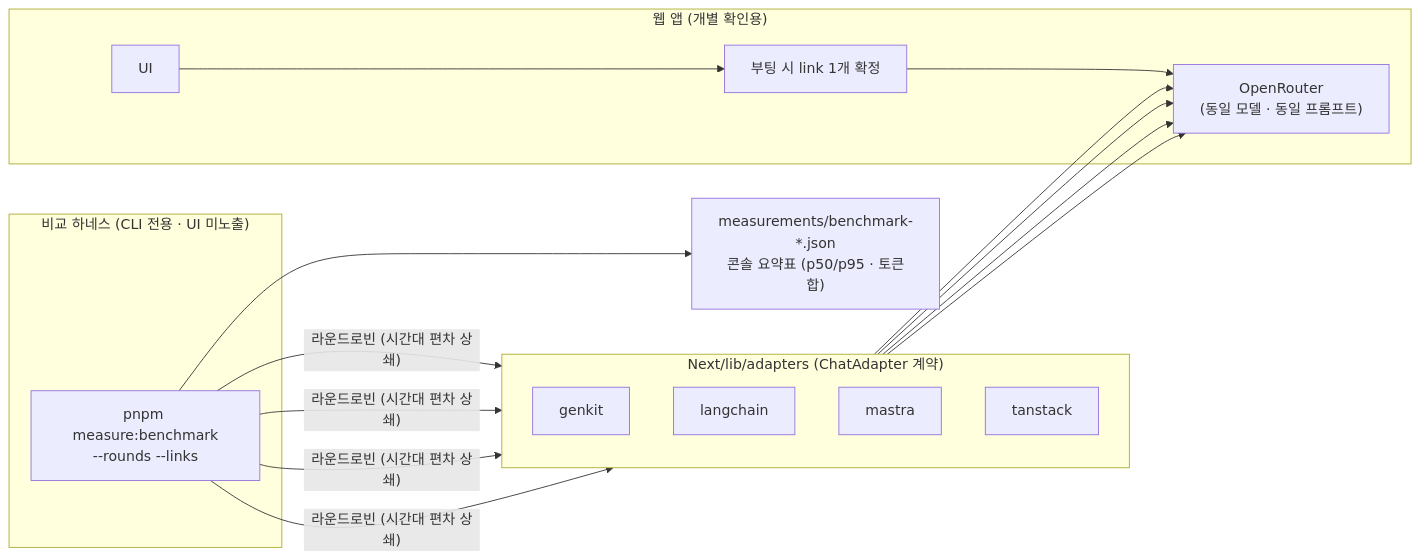
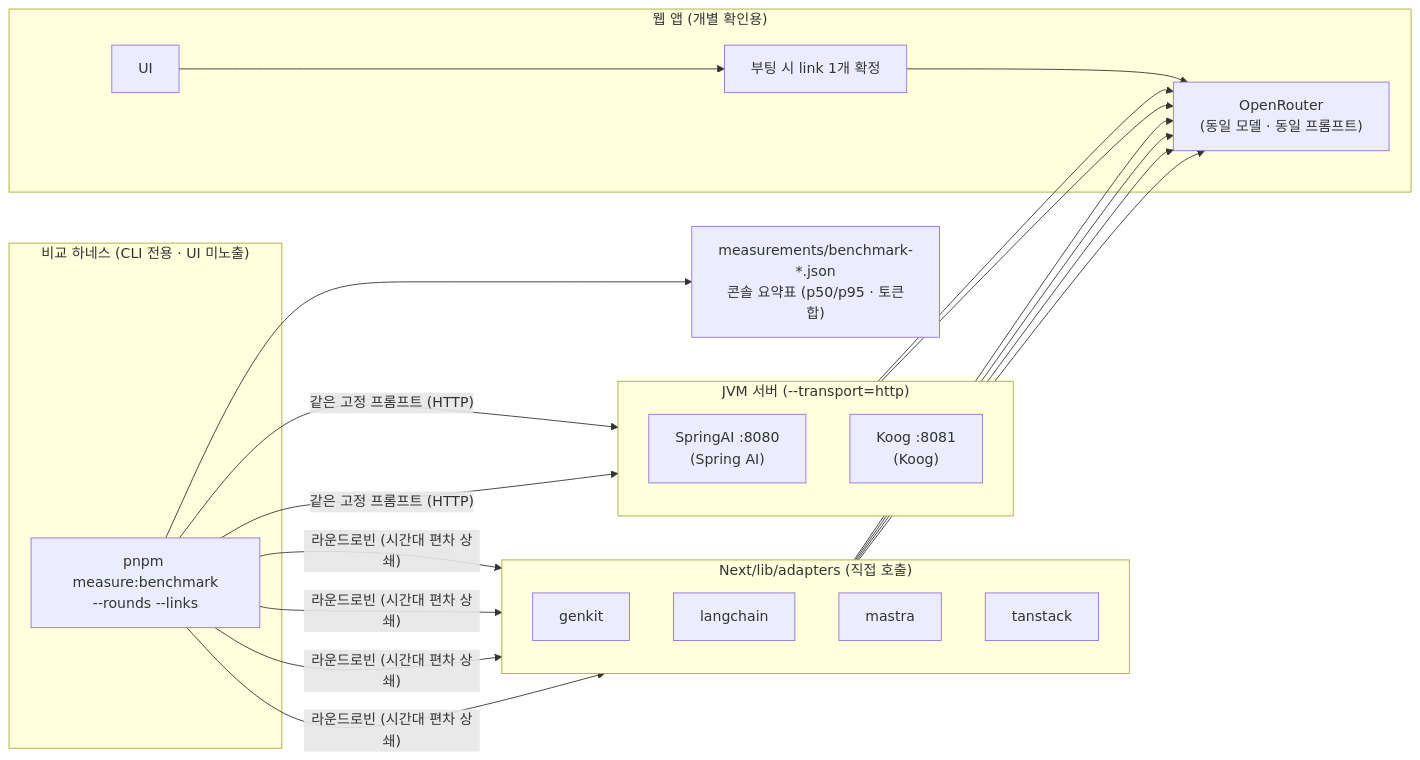
Before and after one commit to Juser0/blog-to-social-post: the diagram in README.md, drawn with Mermaid. The commit also changed other lines of this file and 3 other files, not shown here.

````diff
--- a/README.md
+++ b/README.md
@@ -12,20 +12,27 @@
 ```mermaid
 flowchart LR
     subgraph HARNESS["비교 하네스 (CLI 전용 · UI 미노출)"]
         B["pnpm measure:benchmark<br/>--rounds --links"]
     end
-    subgraph ADAPTERS["Next/lib/adapters (ChatAdapter 계약)"]
+    subgraph ADAPTERS["Next/lib/adapters (직접 호출)"]
         direction TB
         A1["genkit"]
         A2["langchain"]
         A3["mastra"]
         A4["tanstack"]
     end
+    subgraph JVM["JVM 서버 (--transport=http)"]
+        direction TB
+        S1["SpringAI :8080<br/>(Spring AI)"]
+        S2["Koog :8081<br/>(Koog)"]
+    end
     B -->|"라운드로빈 (시간대 편차 상쇄)"| A1 & A2 & A3 & A4
+    B -->|"같은 고정 프롬프트 (HTTP)"| S1 & S2
     A1 & A2 & A3 & A4 --> OR["OpenRouter<br/>(동일 모델 · 동일 프롬프트)"]
+    S1 & S2 --> OR
     B --> OUT["measurements/benchmark-*.json<br/>콘솔 요약표 (p50/p95 · 토큰합)"]
     subgraph APP["웹 앱 (개별 확인용)"]
         UI["UI"] --> SEL["부팅 시 link 1개 확정"]
         SEL --> OR
     end
 ```
````
